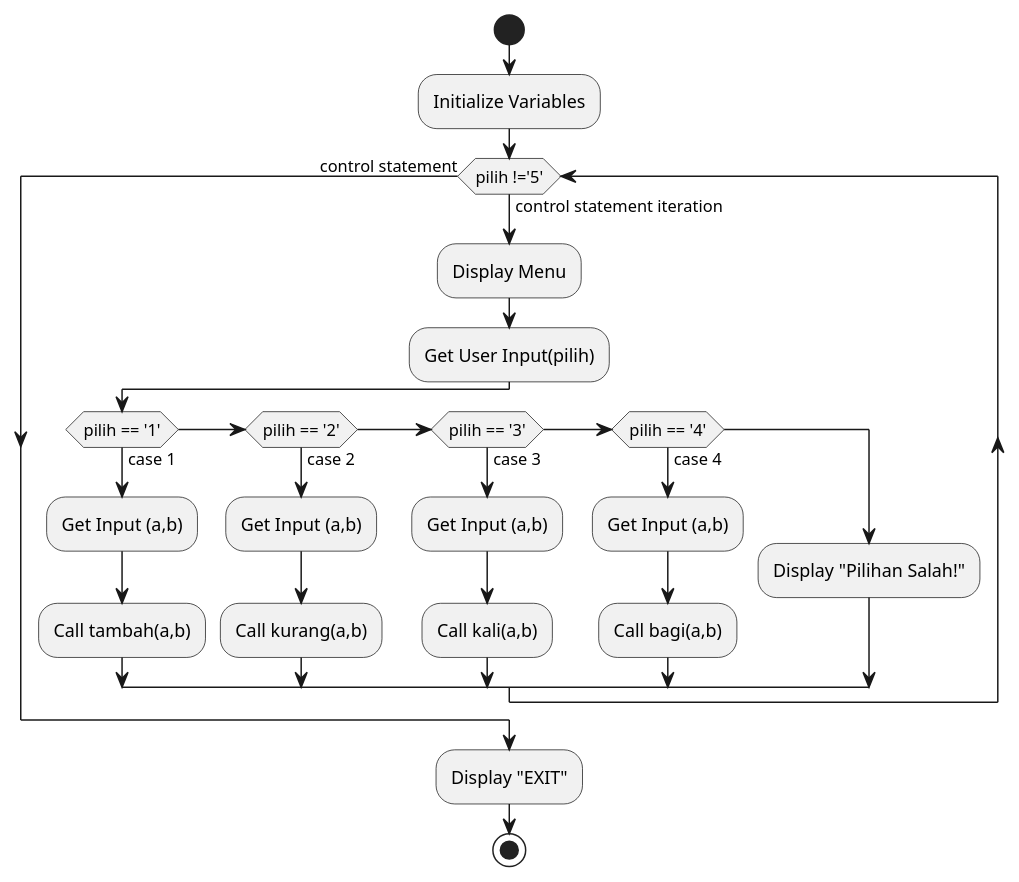
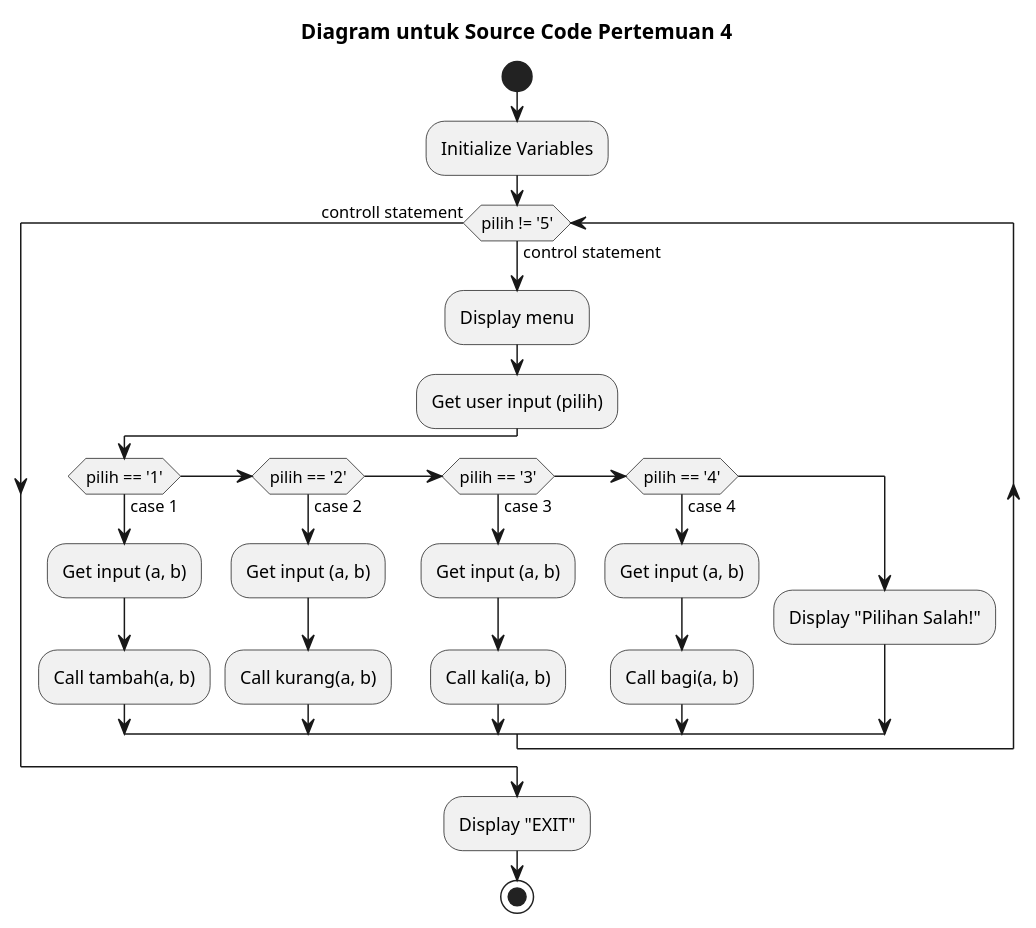
Before and after one commit to Chandss28/bhs_pemrograman: the diagram in pert5/pert5.puml, drawn with PlantUML. The commit also changed other lines of this file and 2 other files, not shown here.

```diff
--- a/pert5/pert5.puml
+++ b/pert5/pert5.puml
@@ -1,26 +1,27 @@
 @startuml Pert5
+title Diagram untuk Source Code Pertemuan 4
 start
 :Initialize Variables;
-while(pilih !='5') is (control statement iteration)
-    :Display Menu;
-    :Get User Input(pilih);
+while (pilih != '5') is (control statement)
+    :Display menu;
+    :Get user input (pilih);
     if (pilih == '1') then (case 1)
-            :Get Input (a,b);
-            :Call tambah(a,b);
+        :Get input (a, b);
+        :Call tambah(a, b);
     else if (pilih == '2') then (case 2)
-            :Get Input (a,b);
-            :Call kurang(a,b);
+        :Get input (a, b);
+        :Call kurang(a, b);
     else if (pilih == '3') then (case 3)
-            :Get Input (a,b);
-            :Call kali(a,b);
+        :Get input (a, b);
+        :Call kali(a, b);
     else if (pilih == '4') then (case 4)
-            :Get Input (a,b);
-            :Call bagi(a,b);
+        :Get input (a, b);
+        :Call bagi(a, b);
     else
-            :Display "Pilihan Salah!";
+        :Display "Pilihan Salah!";
     endif
-endwhile (control statement)
+endwhile (controll statement)
 :Display "EXIT";
 stop
 
 @enduml
```
